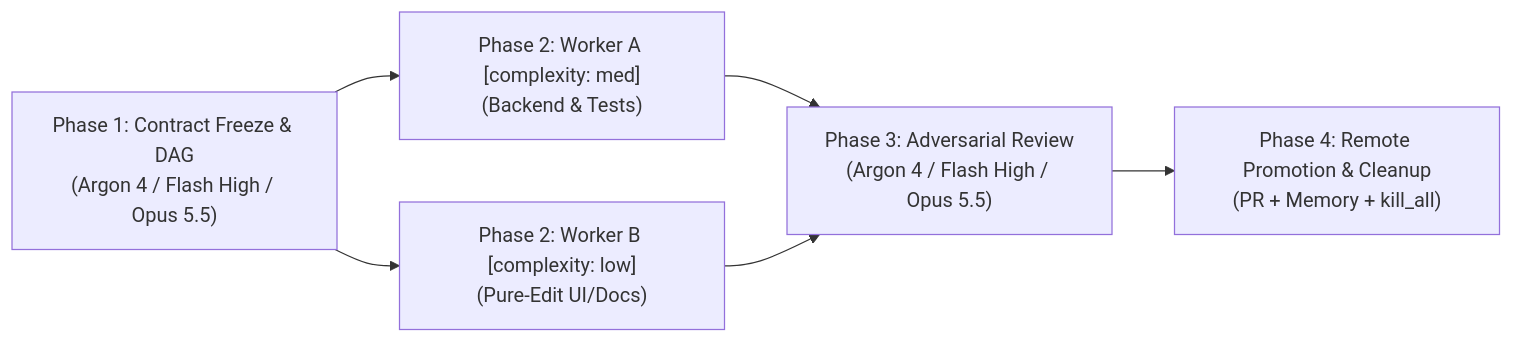
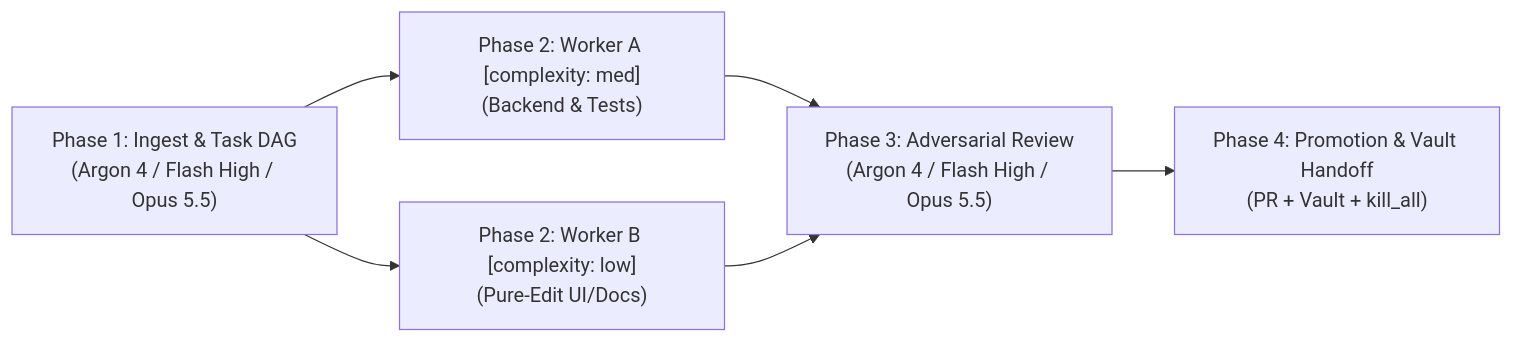
Before and after one commit to Cooper-Wallace/agentkit: the diagram in harness/plugins/autonomous-orchestrator/skills/auto-lifecycle/SKILL.md, drawn with Mermaid. The commit also changed other lines of this file and 13 other files, not shown here.

````diff
--- a/harness/plugins/autonomous-orchestrator/skills/auto-lifecycle/SKILL.md
+++ b/harness/plugins/autonomous-orchestrator/skills/auto-lifecycle/SKILL.md
@@ -14,8 +14,8 @@
 ```mermaid
 flowchart LR
-    P1["Phase 1: Contract Freeze & DAG<br/>(Argon 4 / Flash High / Opus 5.5)"] --> P2A["Phase 2: Worker A [complexity: med]<br/>(Backend & Tests)"]
+    P1["Phase 1: Ingest & Task DAG<br/>(Argon 4 / Flash High / Opus 5.5)"] --> P2A["Phase 2: Worker A [complexity: med]<br/>(Backend & Tests)"]
     P1 --> P2B["Phase 2: Worker B [complexity: low]<br/>(Pure-Edit UI/Docs)"]
     P2A --> P3["Phase 3: Adversarial Review<br/>(Argon 4 / Flash High / Opus 5.5)"]
     P2B --> P3
-    P3 --> P4["Phase 4: Remote Promotion & Cleanup<br/>(PR + Memory + kill_all)"]
+    P3 --> P4["Phase 4: Promotion & Vault Handoff<br/>(PR + Vault + kill_all)"]
 ```
````
